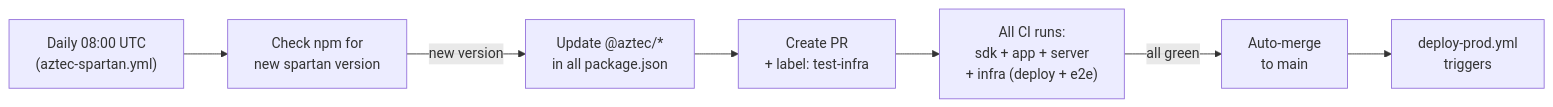
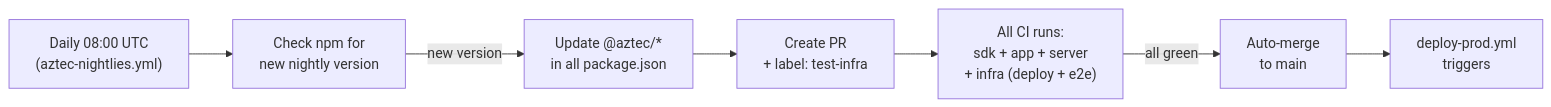
The fifth of 5 diagrams in docs/ci-pipeline.md (alejoamiras/tee-rex), drawn with Mermaid before and after one commit. The commit also changed other lines of this file and 14 other files, not shown here.

````diff
--- a/docs/ci-pipeline.md
+++ b/docs/ci-pipeline.md
@@ -166,9 +166,9 @@
 ```mermaid
 graph LR
-    cron["Daily 08:00 UTC\n(aztec-spartan.yml)"] --> check["Check npm for\nnew spartan version"]
+    cron["Daily 08:00 UTC\n(aztec-nightlies.yml)"] --> check["Check npm for\nnew nightly version"]
     check -->|new version| update["Update @aztec/*\nin all package.json"]
     update --> pr["Create PR\n+ label: test-infra"]
     pr --> ci["All CI runs:\nsdk + app + server\n+ infra (deploy + e2e)"]
     ci -->|all green| merge["Auto-merge\nto main"]
     merge --> deploy["deploy-prod.yml\ntriggers"]
 ```
````
